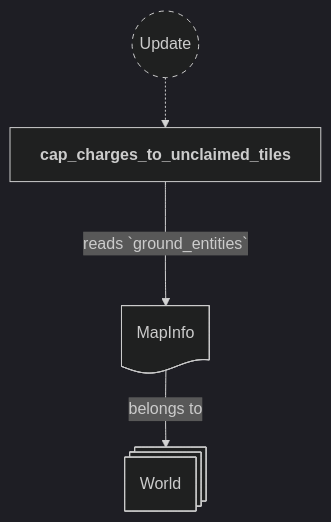
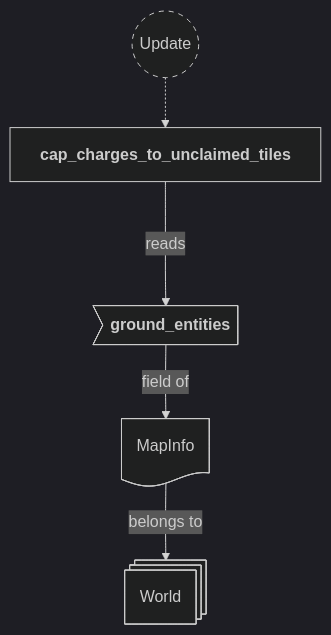
Before and after one commit to neurosoup/tyled: the fourth of 6 diagrams in backlog/docs/doc-23 - 021-Charge-plugin.md, drawn with Mermaid. The commit also changed other lines of this file and 2 other files, not shown here.

````diff
--- a/backlog/docs/doc-23 - 021-Charge-plugin.md
+++ b/backlog/docs/doc-23 - 021-Charge-plugin.md
@@ -170,21 +164,24 @@
 ```mermaid
 ---
 config:
   theme: dark
 ---
 
 flowchart TD
 classDef system-group stroke-dasharray: 5 5
 
 update(("`Update`")):::system-group
 cap["`**cap_charges_to_unclaimed_tiles**`"]
 
 update -.-> cap
 
 world@{ shape: st-rect, label: "World" }
 map_info_res@{ shape: doc, label: "MapInfo" }
 
+mi_ground>"`**ground_entities**`"]
+
 map_info_res --> |belongs to| world
+mi_ground --> |field of| map_info_res
 
-cap ---> |reads `ground_entities`| map_info_res
+cap ---> |reads| mi_ground
 ```
````
